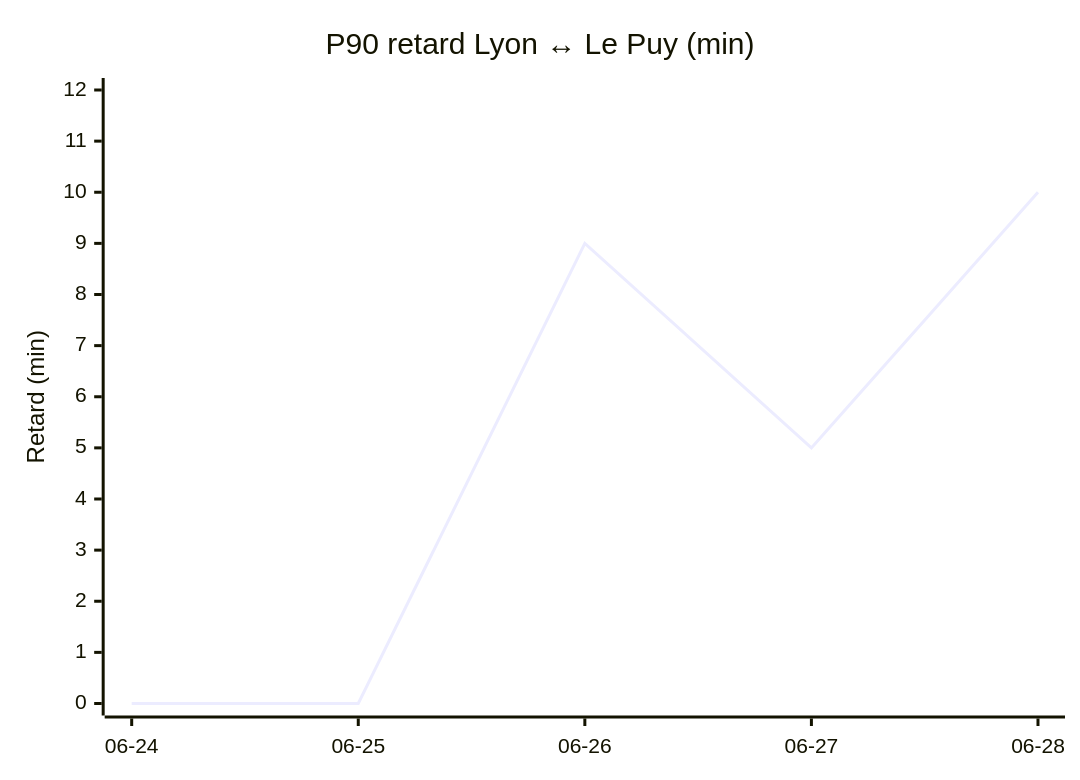
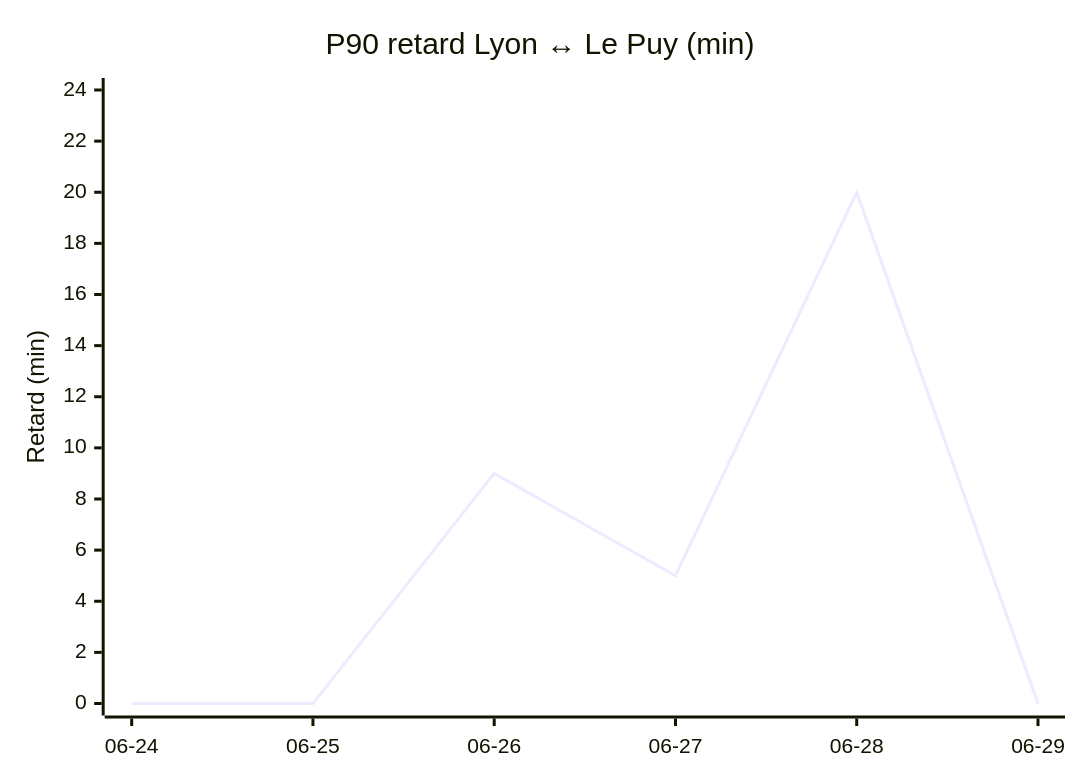
Before and after one commit to antoinerep/horaire-ter: the third of 4 diagrams in STATS.md, drawn with Mermaid. The commit also changed other lines of this file and 1 other file, not shown here.

````diff
--- a/STATS.md
+++ b/STATS.md
@@ -77,7 +78,7 @@
 ```mermaid
 xychart-beta
     title "P90 retard Lyon ↔ Le Puy (min)"
-    x-axis ["06-24", "06-25", "06-26", "06-27", "06-28"]
-    y-axis "Retard (min)" 0 --> 12
-    line [0.0, 0.0, 9.0, 5.0, 10.0]
+    x-axis ["06-24", "06-25", "06-26", "06-27", "06-28", "06-29"]
+    y-axis "Retard (min)" 0 --> 24
+    line [0.0, 0.0, 9.0, 5.0, 20.0, 0.0]
 ```
````
